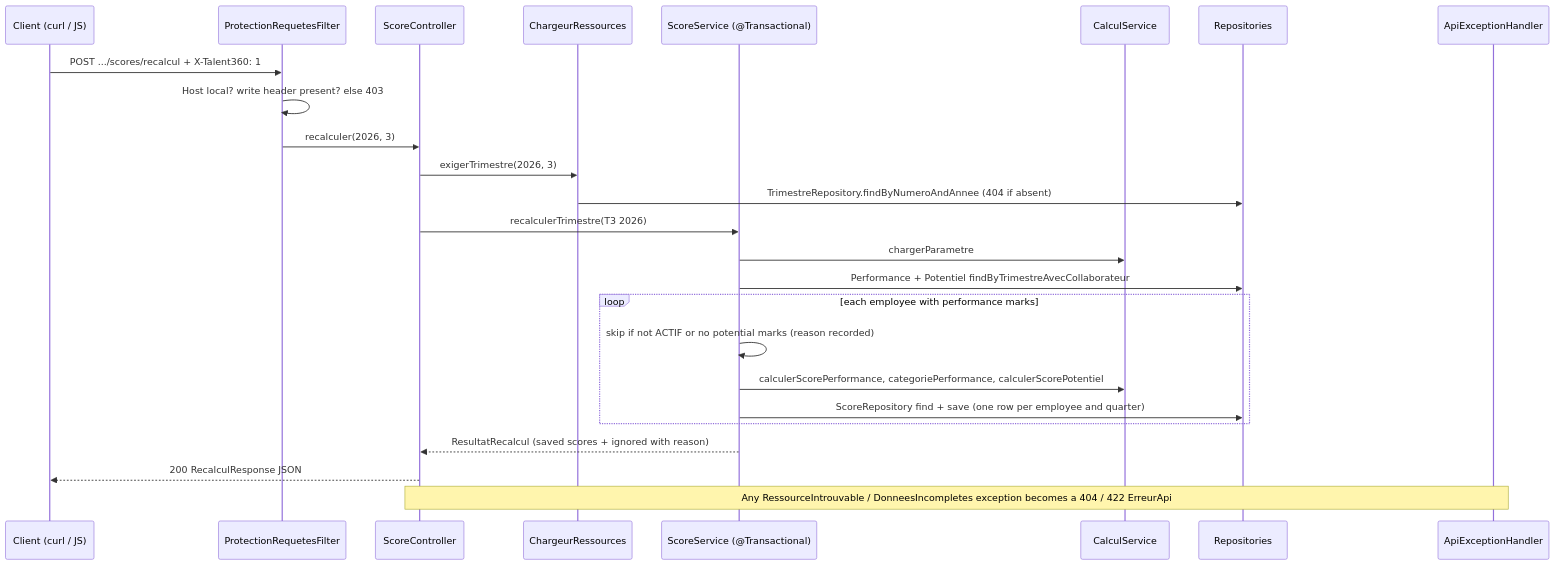
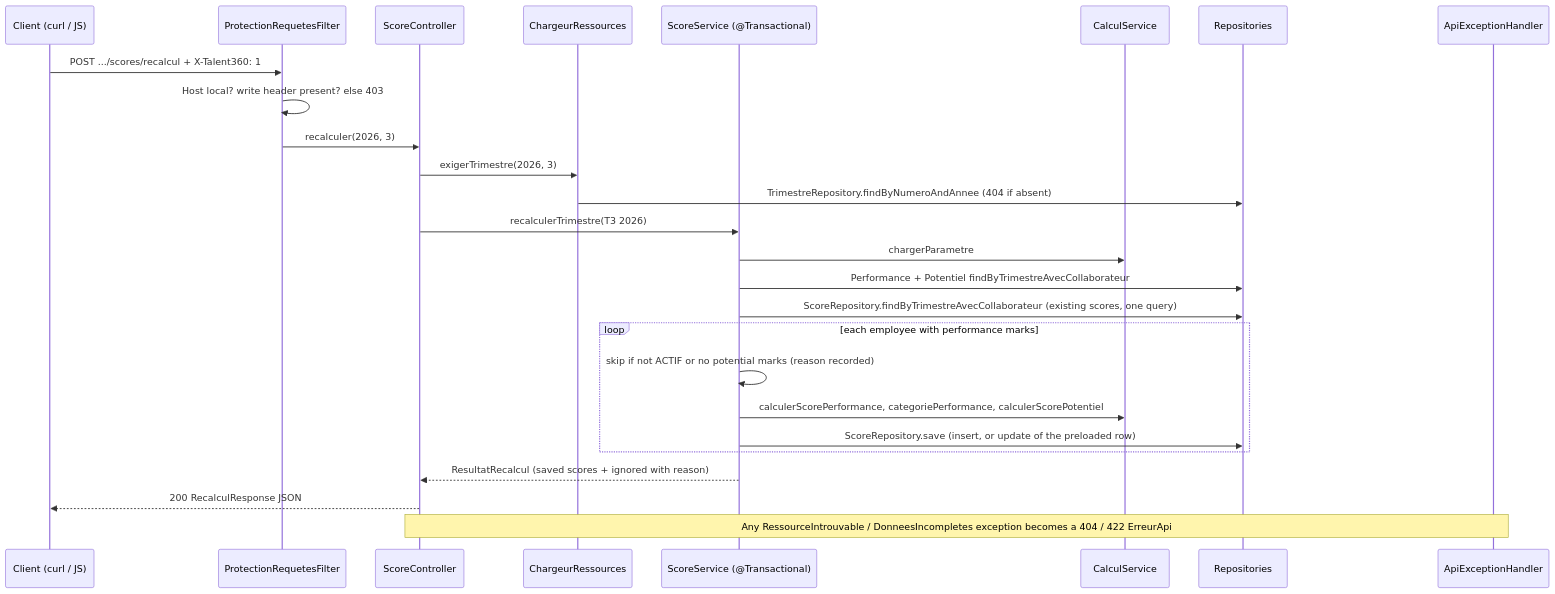
Before and after one commit to yasmine-kh/RH-project: the fifth of 5 diagrams in docs/guide-developpeur.md, drawn with Mermaid. The commit also changed other lines of this file and 32 other files, not shown here.

Commit message:
perf: C8 vigilance list, ScoreService N+1, LAZY entités, open-in-view off; entité view by query param

````diff
--- a/docs/guide-developpeur.md
+++ b/docs/guide-developpeur.md
@@ -791,27 +799,28 @@
 ```mermaid
 sequenceDiagram
     participant C as Client (curl / JS)
     participant F as ProtectionRequetesFilter
     participant SC as ScoreController
     participant CR as ChargeurRessources
     participant SS as ScoreService (@Transactional)
     participant CS as CalculService
     participant R as Repositories
     participant EH as ApiExceptionHandler
     C->>F: POST .../scores/recalcul + X-Talent360: 1
     F->>F: Host local? write header present? else 403
     F->>SC: recalculer(2026, 3)
     SC->>CR: exigerTrimestre(2026, 3)
     CR->>R: TrimestreRepository.findByNumeroAndAnnee (404 if absent)
     SC->>SS: recalculerTrimestre(T3 2026)
     SS->>CS: chargerParametre
     SS->>R: Performance + Potentiel findByTrimestreAvecCollaborateur
+    SS->>R: ScoreRepository.findByTrimestreAvecCollaborateur (existing scores, one query)
     loop each employee with performance marks
         SS->>SS: skip if not ACTIF or no potential marks (reason recorded)
         SS->>CS: calculerScorePerformance, categoriePerformance, calculerScorePotentiel
-        SS->>R: ScoreRepository find + save (one row per employee and quarter)
+        SS->>R: ScoreRepository.save (insert, or update of the preloaded row)
     end
     SS-->>SC: ResultatRecalcul (saved scores + ignored with reason)
     SC-->>C: 200 RecalculResponse JSON
     Note over SC,EH: Any RessourceIntrouvable / DonneesIncompletes exception becomes a 404 / 422 ErreurApi
 ```
````
